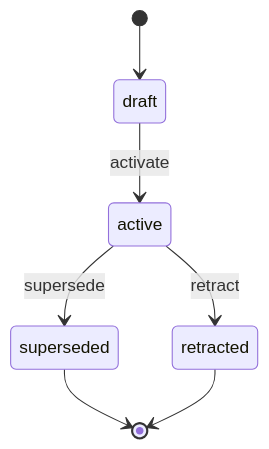
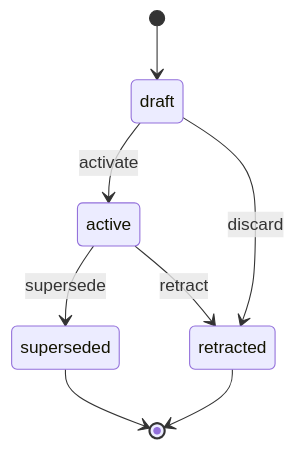
Before and after one commit to Isaacoronam/FalconSync: the eighth of 8 diagrams in docs/MODELO-DATOS.md, drawn with Mermaid. The commit also changed other lines of this file and 21 other files, not shown here.

````diff
--- a/docs/MODELO-DATOS.md
+++ b/docs/MODELO-DATOS.md
@@ -820,9 +864,10 @@
 ```mermaid
 stateDiagram-v2
     [*] --> draft
     draft --> active: activate
+    draft --> retracted: discard
     active --> superseded: supersede
     active --> retracted: retract
     superseded --> [*]
     retracted --> [*]
 ```
````
